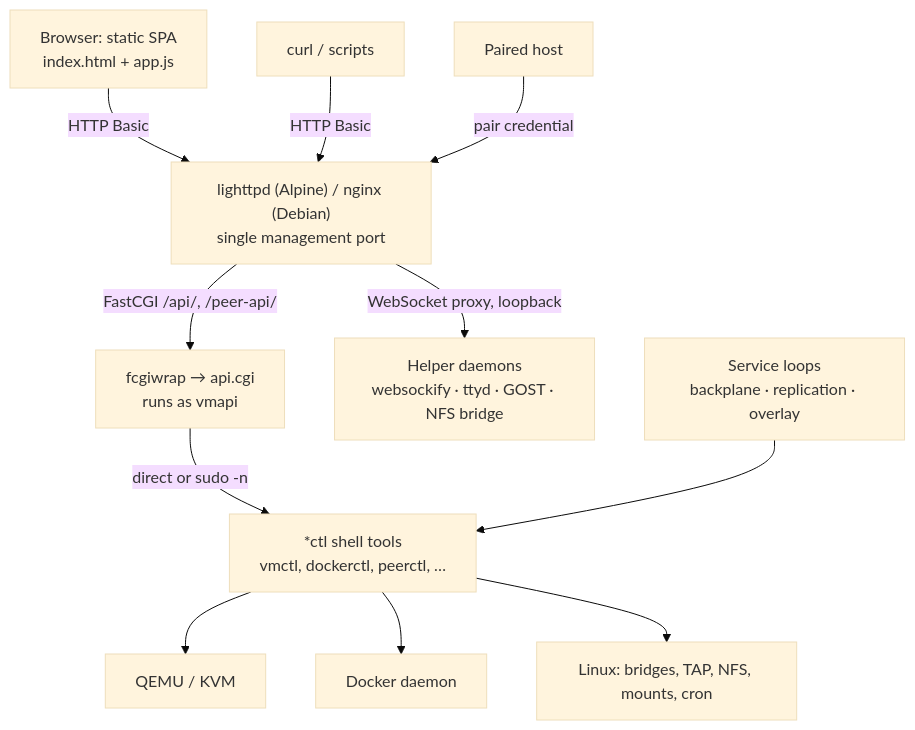
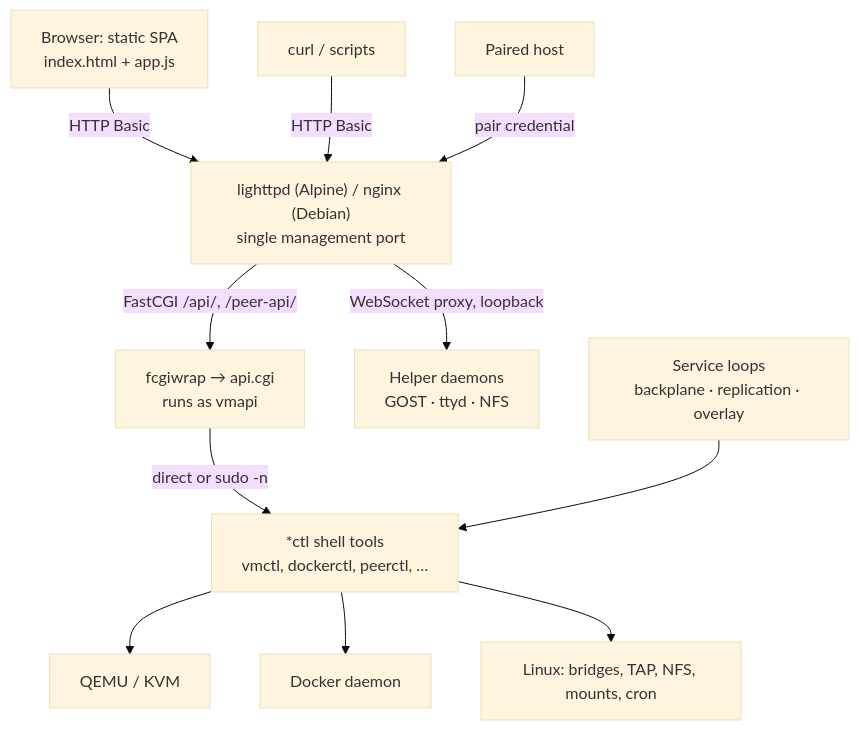
Before and after one commit to theonemule/LiteVMM: the diagram in docs/technical/architecture.md, drawn with Mermaid (base theme). The commit also changed other lines of this file and 19 other files, not shown here.

Commit message:
Replace WebSocket bridges with GOST

````diff
--- a/docs/technical/architecture.md
+++ b/docs/technical/architecture.md
@@ -5,14 +5,14 @@
 ```mermaid
 flowchart TD
     B["Browser: static SPA<br/>index.html + app.js"] -->|"HTTP Basic"| W
     C["curl / scripts"] -->|"HTTP Basic"| W
     P["Paired host"] -->|"pair credential"| W
     W["lighttpd (Alpine) / nginx (Debian)<br/>single management port"]
     W -->|"FastCGI /api/, /peer-api/"| F["fcgiwrap → api.cgi<br/>runs as vmapi"]
-    W -->|"WebSocket proxy, loopback"| D["Helper daemons<br/>websockify · ttyd · GOST · NFS bridge"]
+    W -->|"WebSocket proxy, loopback"| D["Helper daemons<br/>GOST · ttyd · NFS"]
     F -->|"direct or sudo -n"| T["*ctl shell tools<br/>vmctl, dockerctl, peerctl, …"]
     T --> Q["QEMU / KVM"]
     T --> K["Docker daemon"]
     T --> L["Linux: bridges, TAP, NFS, mounts, cron"]
     S["Service loops<br/>backplane · replication · overlay"] --> T
 ```
````
